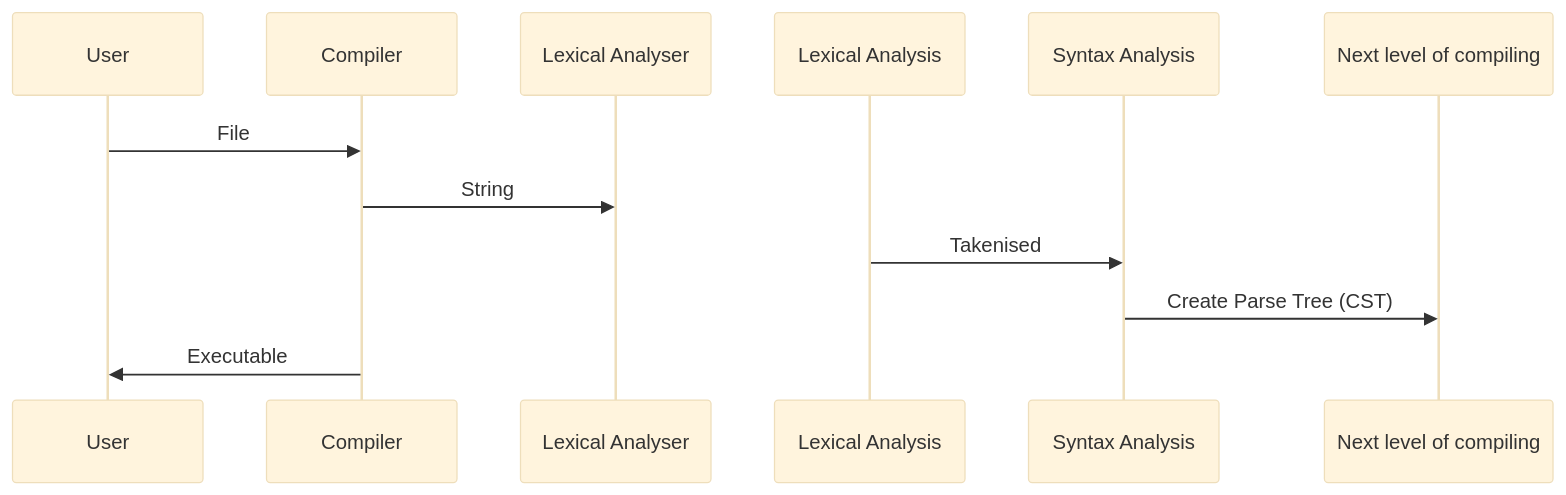
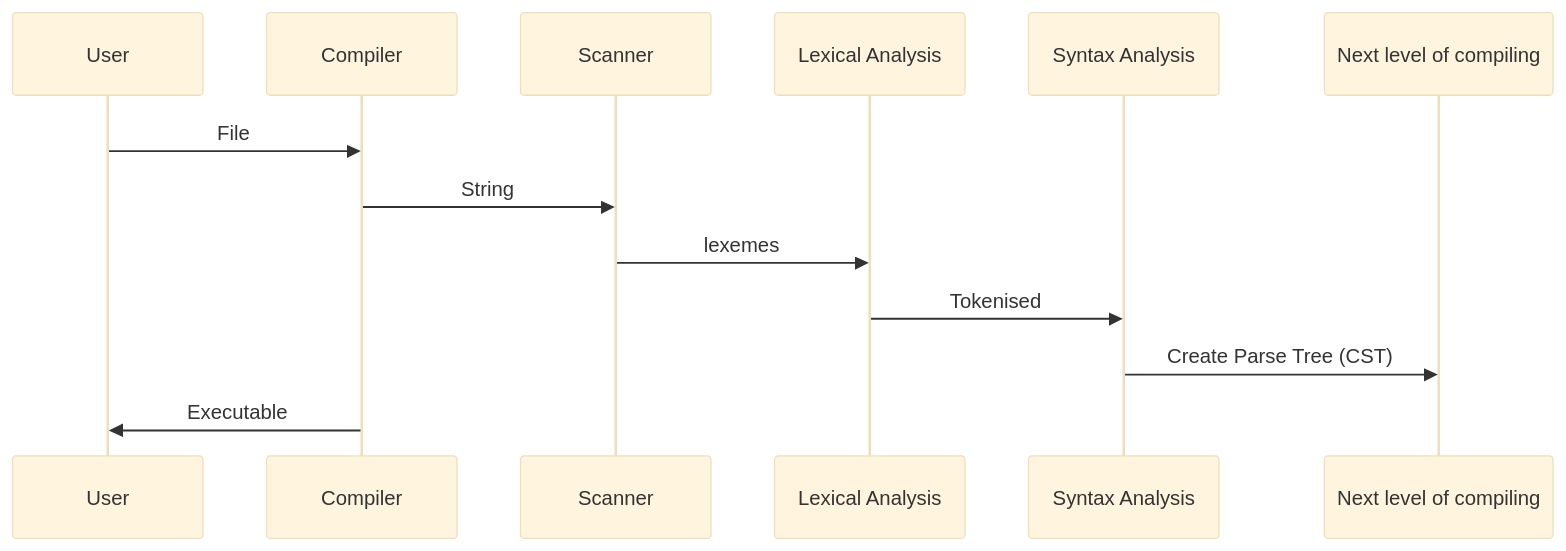
The diagram in drafts/2019-02-25-Compiler-I-AST.md (trshant-sugoi/stackedit), drawn with Mermaid (base theme) before and after one commit. The commit also changed other lines of this file, not shown here.

Commit message:
drafts/2019-02-25-Compiler-I-AST.md updated from https://stackedit.io/

````diff
--- a/drafts/2019-02-25-Compiler-I-AST.md
+++ b/drafts/2019-02-25-Compiler-I-AST.md
@@ -18,8 +18,9 @@
 ```mermaid
 sequenceDiagram
 User ->> Compiler: File  
-Compiler ->> Lexical Analyser: String  
-Lexical Analysis ->> Syntax Analysis: Takenised   
+Compiler ->> Scanner : String
+Scanner ->> Lexical Analysis: lexemes  
+Lexical Analysis ->> Syntax Analysis: Tokenised   
 Syntax Analysis  ->> Next level of compiling : Create Parse Tree (CST) 
 Compiler ->> User: Executable
 ```
````
